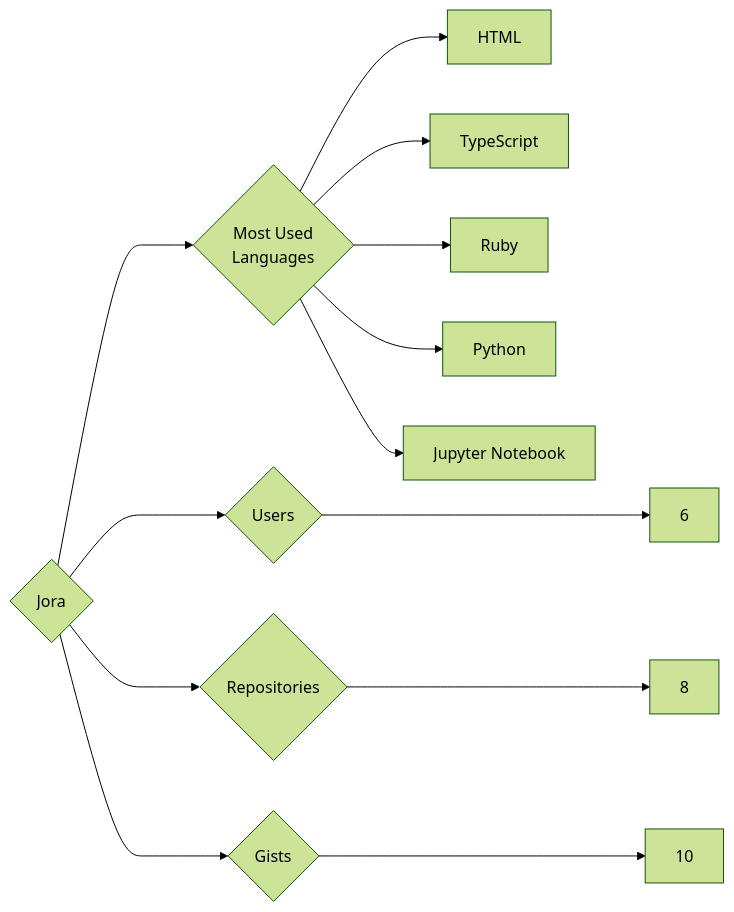
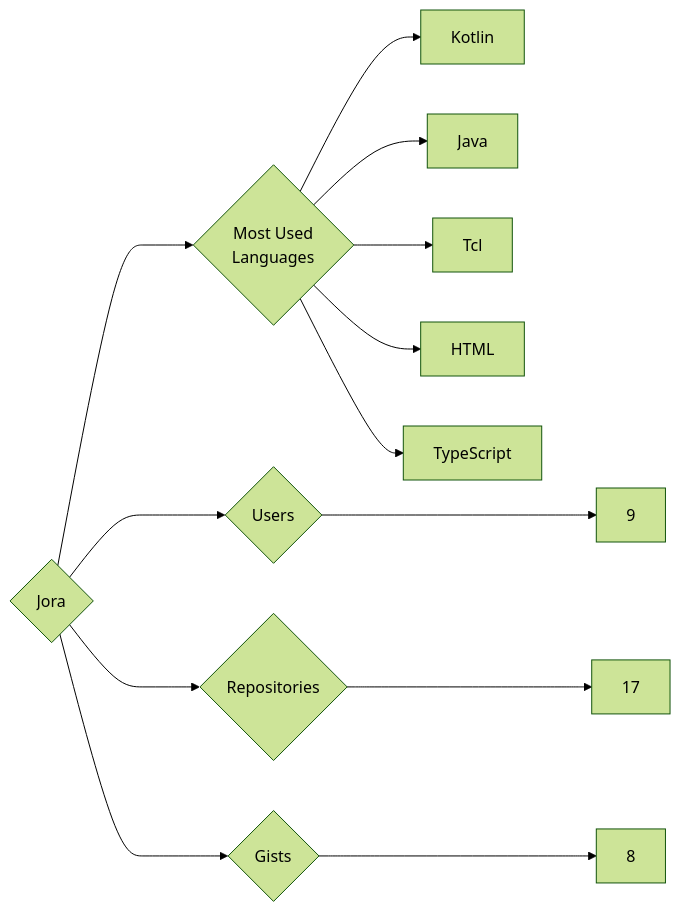
The diagram in targets/Jora/README.md (trickest/insiders), drawn with Mermaid (forest theme) before and after one commit. The commit also changed 872 other files, not shown here.

````diff
--- a/targets/Jora/README.md
+++ b/targets/Jora/README.md
@@ -3,13 +3,13 @@
 ```mermaid
 graph LR
 COMPANY_NAME{Jora}
-COMPANY_NAME ---> U{Users} ---> UN[6]
-COMPANY_NAME ---> R{Repositories} ---> RN[8]
-COMPANY_NAME ---> G{Gists} ---> GN[10]
+COMPANY_NAME ---> U{Users} ---> UN[9]
+COMPANY_NAME ---> R{Repositories} ---> RN[17]
+COMPANY_NAME ---> G{Gists} ---> GN[8]
 COMPANY_NAME ---> ML{Most Used<br>Languages}
+ML --> Kotlin[Kotlin]
+ML --> Java[Java]
+ML --> Tcl[Tcl]
 ML --> HTML[HTML]
 ML --> TypeScript[TypeScript]
-ML --> Ruby[Ruby]
-ML --> Python[Python]
-ML --> Jupyter_Notebook[Jupyter Notebook]
 ```
````
